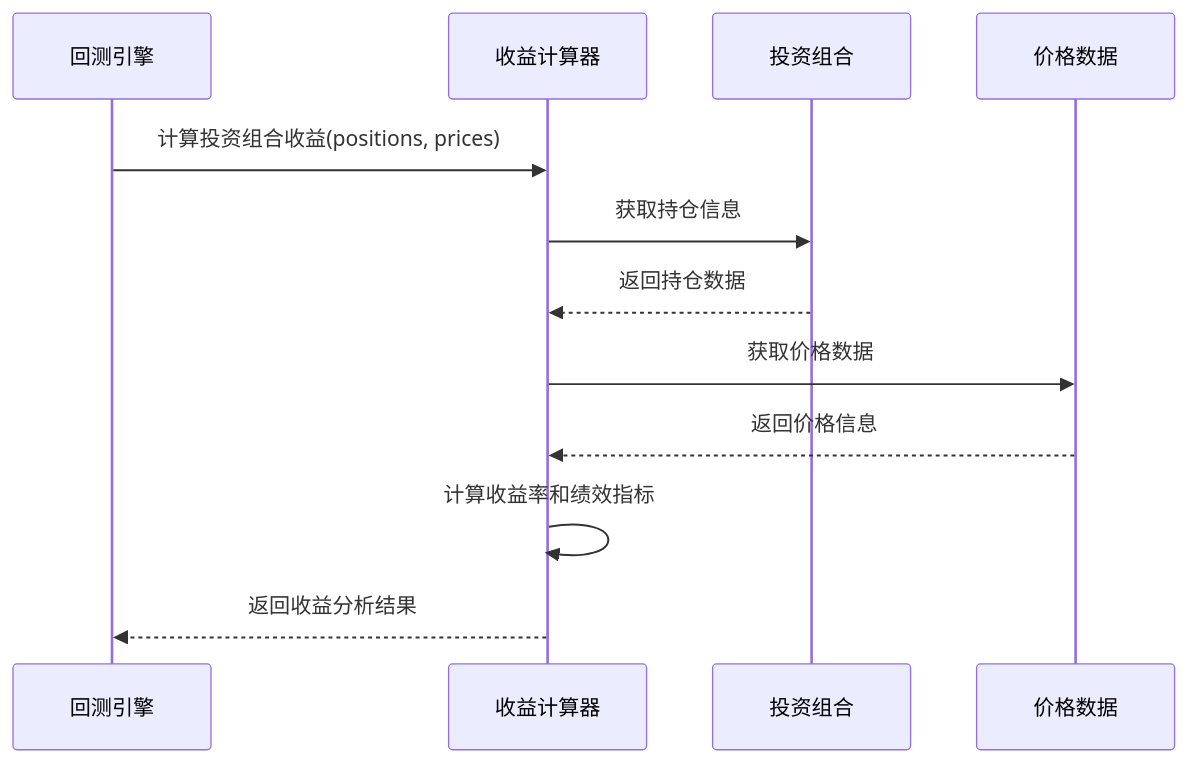
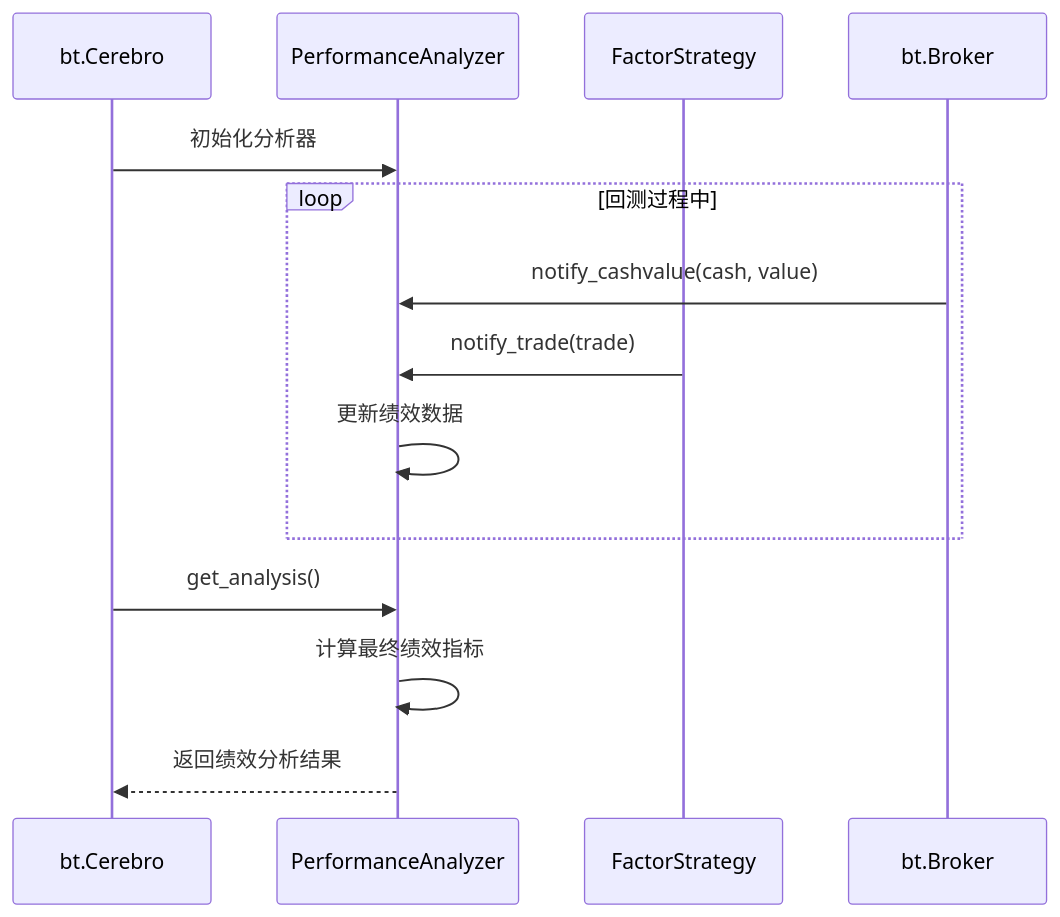
The fourth of 7 diagrams in docs/iteration-3-prediction-model/tasks_backtest_engine.md (Casper-Mars/qtrade), drawn with Mermaid before and after one commit. The commit also changed other lines of this file, not shown here.

First line of the commit message:
docs(回测引擎): 更新任务拆分文档以反映Backtrader集成

````diff
--- a/docs/iteration-3-prediction-model/tasks_backtest_engine.md
+++ b/docs/iteration-3-prediction-model/tasks_backtest_engine.md
@@ -127,15 +149,19 @@
     ```mermaid
     sequenceDiagram
-        participant Engine as 回测引擎
-        participant Calculator as 收益计算器
-        participant Portfolio as 投资组合
-        participant PriceData as 价格数据
+        participant Cerebro as bt.Cerebro
+        participant Analyzer as PerformanceAnalyzer
+        participant Strategy as FactorStrategy
+        participant Broker as bt.Broker
         
-        Engine->>Calculator: 计算投资组合收益(positions, prices)
-        Calculator->>Portfolio: 获取持仓信息
-        Portfolio-->>Calculator: 返回持仓数据
-        Calculator->>PriceData: 获取价格数据
-        PriceData-->>Calculator: 返回价格信息
-        Calculator->>Calculator: 计算收益率和绩效指标
-        Calculator-->>Engine: 返回收益分析结果
+        Cerebro->>Analyzer: 初始化分析器
+        
+        loop 回测过程中
+            Broker->>Analyzer: notify_cashvalue(cash, value)
+            Strategy->>Analyzer: notify_trade(trade)
+            Analyzer->>Analyzer: 更新绩效数据
+        end
+        
+        Cerebro->>Analyzer: get_analysis()
+        Analyzer->>Analyzer: 计算最终绩效指标
+        Analyzer-->>Cerebro: 返回绩效分析结果
     ```
````
